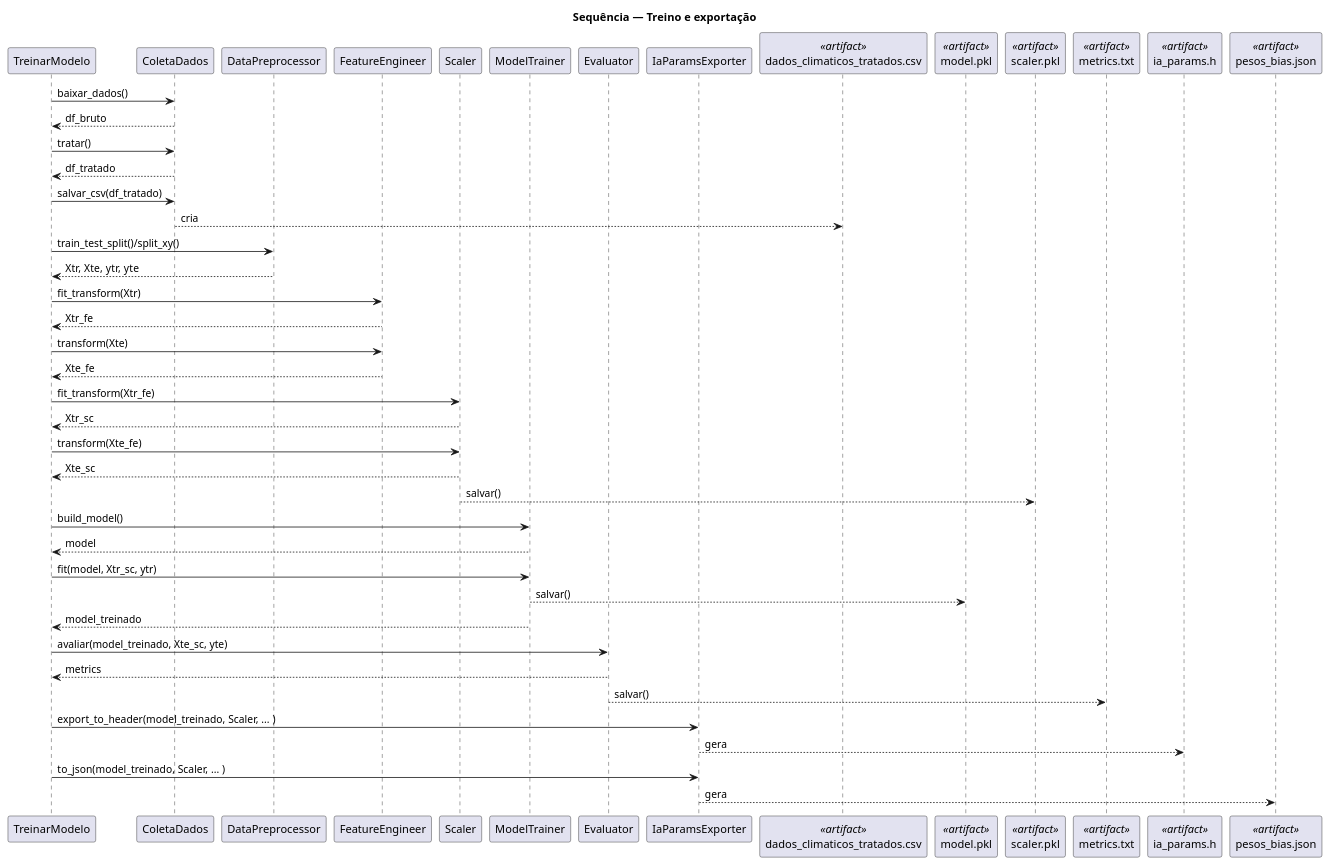
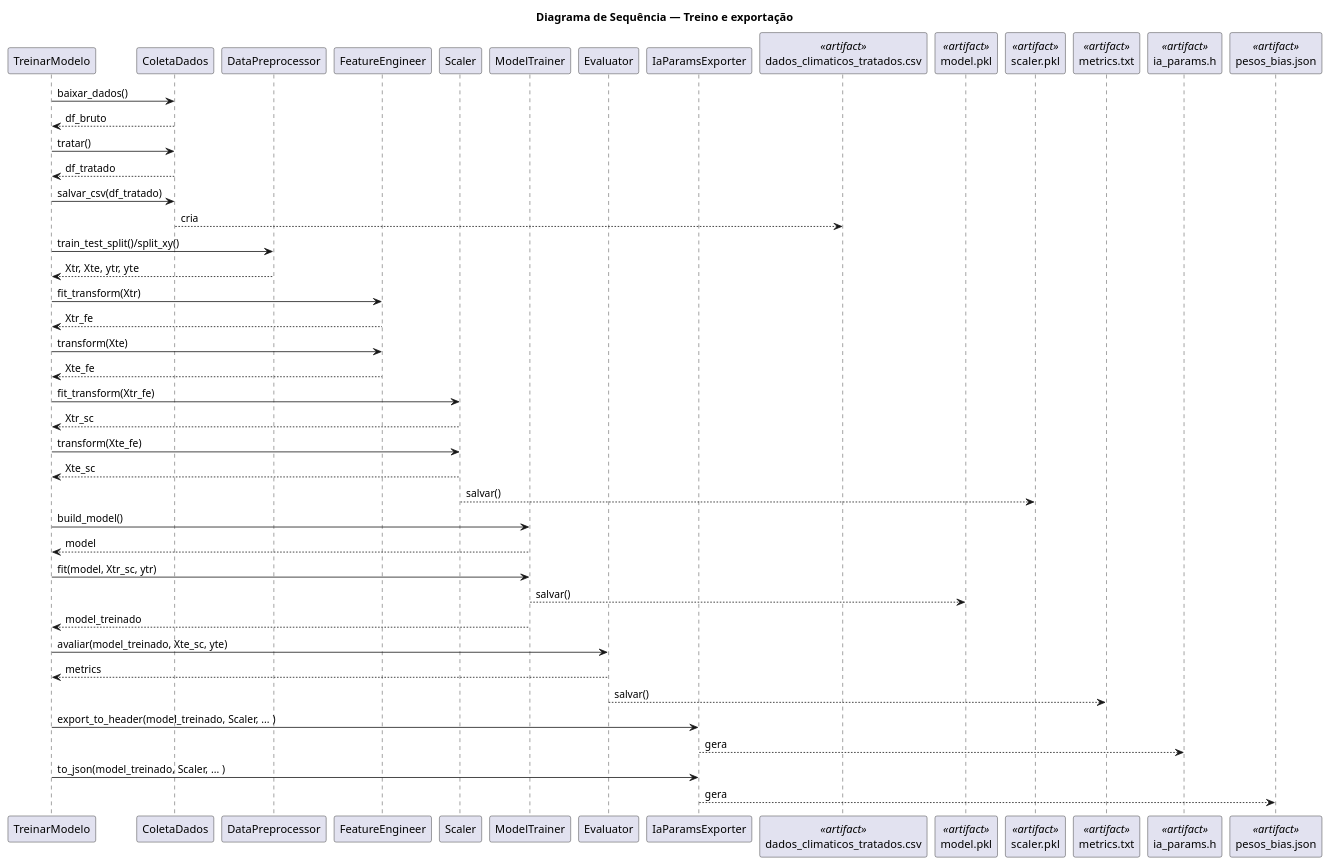
One commit to NahanRezende/edge-ai-mlops-smart-irrigation-esp32 changed the diagram in plantuml/diagramaDeSequenciaTreinoExterno.puml. Above: the diagram before and after it, drawn with PlantUML. The commit also changed 14 other files, not shown here.

```diff
--- a/plantuml/diagramaDeSequenciaTreinoExterno.puml
+++ b/plantuml/diagramaDeSequenciaTreinoExterno.puml
@@ -1,54 +1,54 @@
 @startuml
-title Sequência — Treino e exportação
+title Diagrama de Sequência — Treino e exportação
 
 participant TreinarModelo
 participant ColetaDados
 participant DataPreprocessor as Pre
 participant FeatureEngineer as FE
 participant Scaler
 participant ModelTrainer as Trainer
 participant Evaluator
 participant IaParamsExporter as Exporter
 participant "dados_climaticos_tratados.csv" as ART_CSV <<artifact>>
 participant "model.pkl" as ART_MODEL <<artifact>>
 participant "scaler.pkl" as ART_SCALER <<artifact>>
 participant "metrics.txt" as ART_METRICS <<artifact>>
 participant "ia_params.h" as ART_PARAMS <<artifact>>
 participant "pesos_bias.json" as ART_JSON <<artifact>>
 
 TreinarModelo -> ColetaDados : baixar_dados()
 ColetaDados --> TreinarModelo : df_bruto
 TreinarModelo -> ColetaDados : tratar()
 ColetaDados --> TreinarModelo : df_tratado
 TreinarModelo -> ColetaDados : salvar_csv(df_tratado)
 ColetaDados --> ART_CSV : cria
 
 TreinarModelo -> Pre : train_test_split()/split_xy()
 Pre --> TreinarModelo : Xtr, Xte, ytr, yte
 
 TreinarModelo -> FE : fit_transform(Xtr)
 FE --> TreinarModelo : Xtr_fe
 TreinarModelo -> FE : transform(Xte)
 FE --> TreinarModelo : Xte_fe
 
 TreinarModelo -> Scaler : fit_transform(Xtr_fe)
 Scaler --> TreinarModelo : Xtr_sc
 TreinarModelo -> Scaler : transform(Xte_fe)
 Scaler --> TreinarModelo : Xte_sc
 Scaler --> ART_SCALER : salvar()
 
 TreinarModelo -> Trainer : build_model()
 Trainer --> TreinarModelo : model
 TreinarModelo -> Trainer : fit(model, Xtr_sc, ytr)
 Trainer --> ART_MODEL : salvar()
 Trainer --> TreinarModelo : model_treinado
 
 TreinarModelo -> Evaluator : avaliar(model_treinado, Xte_sc, yte)
 Evaluator --> TreinarModelo : metrics
 Evaluator --> ART_METRICS : salvar()
 
 TreinarModelo -> Exporter : export_to_header(model_treinado, Scaler, ... )
 Exporter --> ART_PARAMS : gera
 TreinarModelo -> Exporter : to_json(model_treinado, Scaler, ... )
 Exporter --> ART_JSON : gera
 @enduml
```
